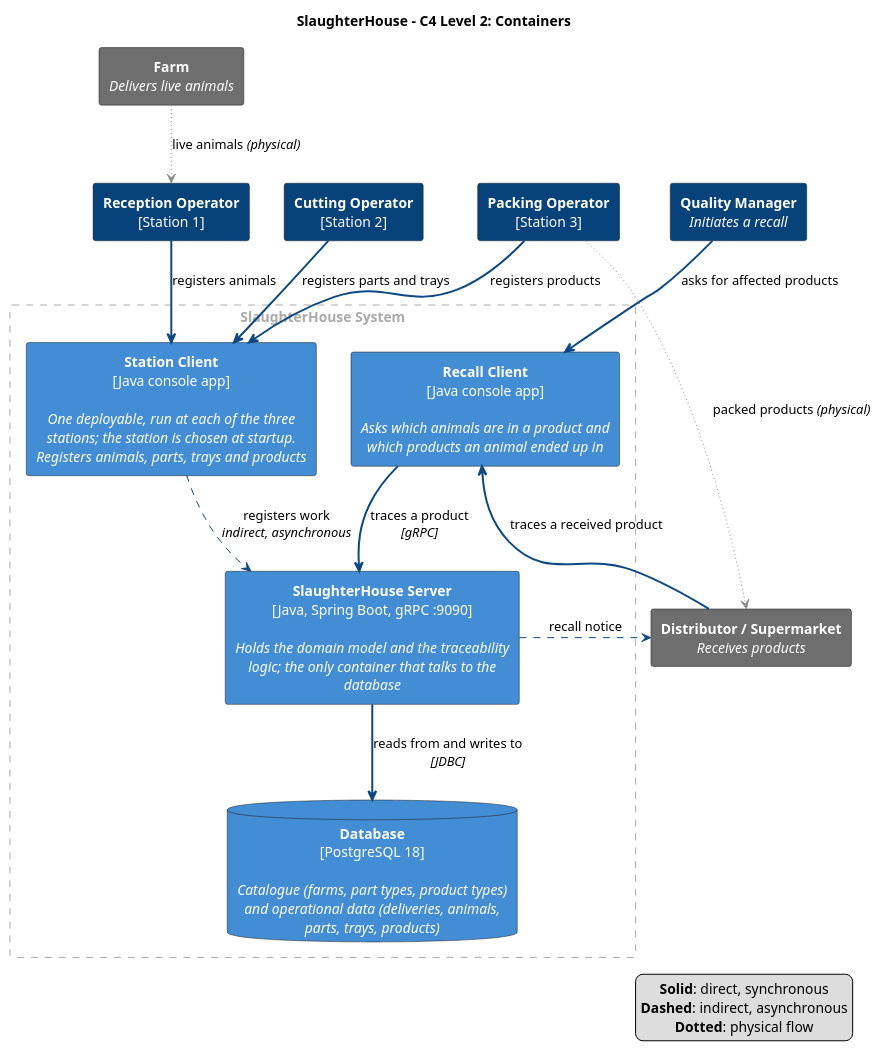
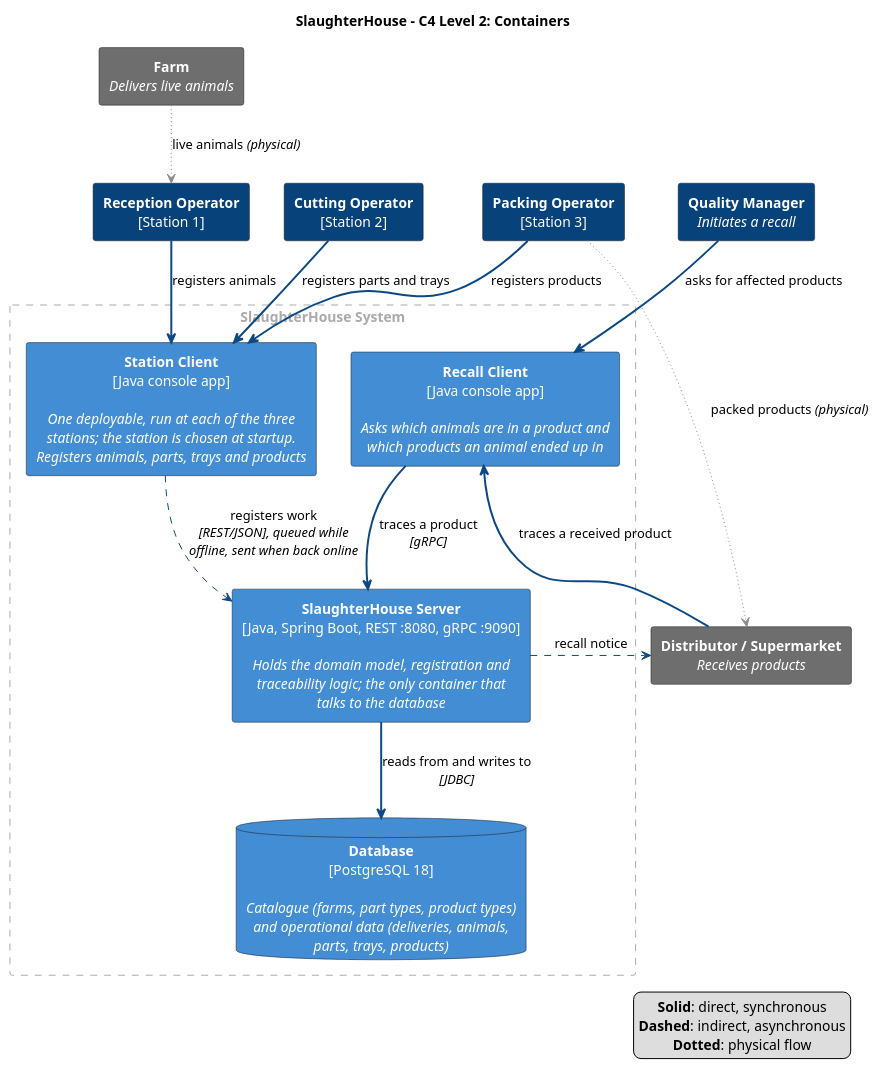
Before and after one commit to ahausgaard/DSY: the diagram in SlaughterHouse/docs/containerDiagram.puml, drawn with PlantUML.

Commit message:
added rest to containerdiagram

```diff
--- a/SlaughterHouse/docs/containerDiagram.puml
+++ b/SlaughterHouse/docs/containerDiagram.puml
@@ -1,85 +1,86 @@
 @startuml c4-l2-container
 title SlaughterHouse - C4 Level 2: Containers
 
 hide stereotype
 skinparam shadowing false
 skinparam defaultTextAlignment center
 skinparam rectangle<<person>> {
   BackgroundColor #08427B
   FontColor #FFFFFF
 }
 skinparam rectangle<<container>> {
   BackgroundColor #438DD5
   FontColor #FFFFFF
 }
 skinparam database<<container>> {
   BackgroundColor #438DD5
   FontColor #FFFFFF
 }
 skinparam rectangle<<external>> {
   BackgroundColor #6E6E6E
   FontColor #FFFFFF
 }
 skinparam rectangle<<boundary>> {
   BackgroundColor transparent
   BorderColor #AAAAAA
   BorderStyle dashed
   FontColor #AAAAAA
 }
 
 rectangle "**Reception Operator**\n[Station 1]" <<person>> as reception
 rectangle "**Cutting Operator**\n[Station 2]" <<person>> as cutting
 rectangle "**Packing Operator**\n[Station 3]" <<person>> as packing
 rectangle "**Quality Manager**\n//Initiates a recall//" <<person>> as quality
 
 rectangle "SlaughterHouse System" <<boundary>> {
 
   ' One deployable, started three times - the station is a startup choice,
   ' not a separate program
   rectangle "**Station Client**\n[Java console app]\n\n//One deployable, run at each of the three//\n//stations; the station is chosen at startup.//\n//Registers animals, parts, trays and products//" <<container>> as stationClient
 
   rectangle "**Recall Client**\n[Java console app]\n\n//Asks which animals are in a product and//\n//which products an animal ended up in//" <<container>> as recallClient
 
-  rectangle "**SlaughterHouse Server**\n[Java, Spring Boot, gRPC :9090]\n\n//Holds the domain model and the traceability//\n//logic; the only container that talks to the//\n//database//" <<container>> as server
+  rectangle "**SlaughterHouse Server**\n[Java, Spring Boot, REST :8080, gRPC :9090]\n\n//Holds the domain model, registration and//\n//traceability logic; the only container that//\n//talks to the database//" <<container>> as server
 
   database "**Database**\n[PostgreSQL 18]\n\n//Catalogue (farms, part types, product types)//\n//and operational data (deliveries, animals,//\n//parts, trays, products)//" <<container>> as db
 }
 
 rectangle "**Farm**\n//Delivers live animals//" <<external>> as farm
 rectangle "**Distributor / Supermarket**\n//Receives products//" <<external>> as distributor
 
 ' Keep the operators in process order, left to right
 reception -[hidden]right- cutting
 cutting   -[hidden]right- packing
 packing   -[hidden]right- quality
 
 ' Keep the two clients side by side above the server
 stationClient -[hidden]right- recallClient
 
 ' Each operator uses a client, never the server directly
 reception -[#0B4884,bold]down-> stationClient : registers animals
 cutting   -[#0B4884,bold]down-> stationClient : registers parts and trays
 packing   -[#0B4884,bold]down-> stationClient : registers products
 quality   -[#0B4884,bold]down-> recallClient  : asks for affected products
 
-' Clients to server, server to database. Stations send their work indirectly,
-' so they keep working while the network is down
-stationClient -[#0B4884,dashed]down-> server : registers work\n//indirect, asynchronous//
+' Clients to server, server to database. Stations queue their work locally and send
+' it when the network is up, so they keep working while it is down. The client-made
+' ids make a resend safe
+stationClient -[#0B4884,dashed]down-> server : registers work\n//[REST/JSON], queued while//\n//offline, sent when back online//
 recallClient  -[#0B4884,bold]down-> server : traces a product\n//[gRPC]//
 server        -[#0B4884,bold]down-> db     : reads from and writes to\n//[JDBC]//
 
 ' Recall, out of the slaughterhouse and back in
 server      -[#0B4884,dashed]right-> distributor  : recall notice
 distributor -[#0B4884,bold]up->      recallClient : traces a received product
 
 ' Physical flow
 farm    -[#8C8C8C,dotted]down-> reception   : live animals //(physical)//
 packing -[#8C8C8C,dotted]down-> distributor : packed products //(physical)//
 
 legend right
   **Solid**: direct, synchronous
   **Dashed**: indirect, asynchronous
   **Dotted**: physical flow
 endlegend
 
 @enduml
```
